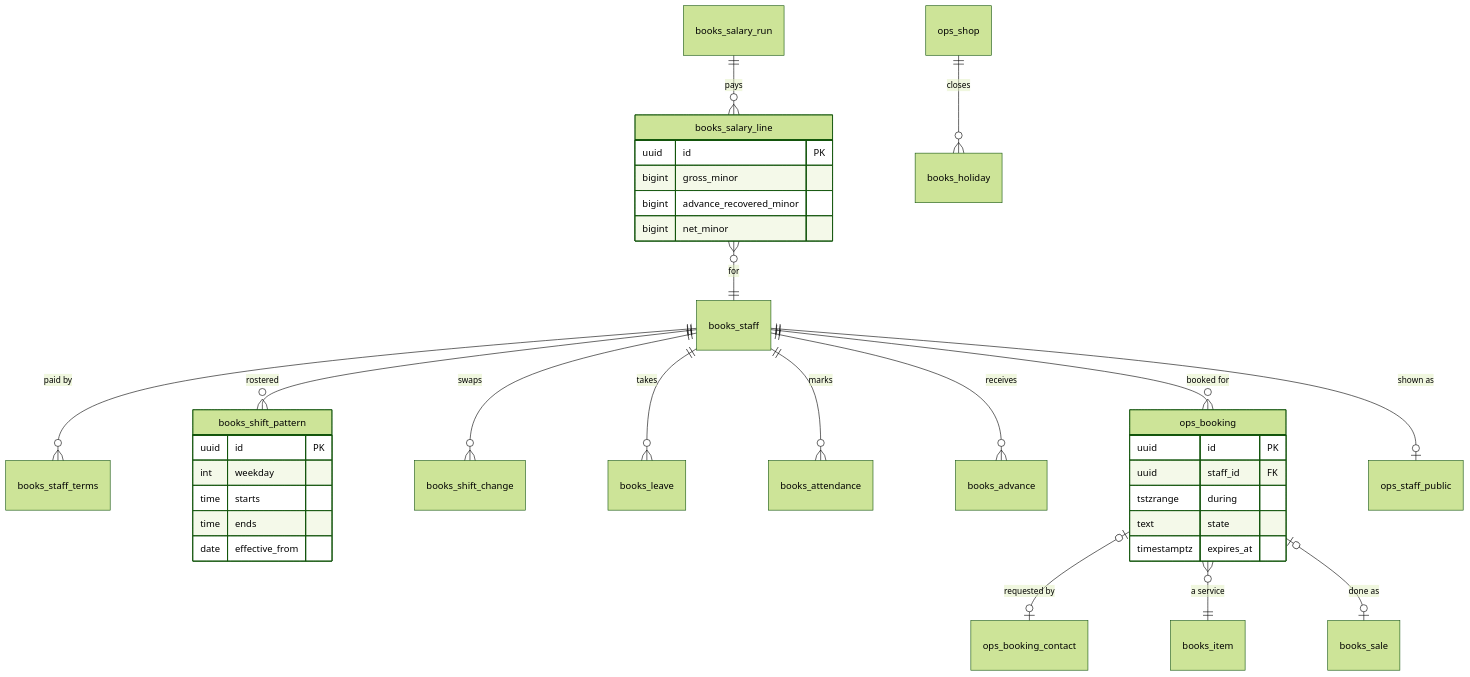
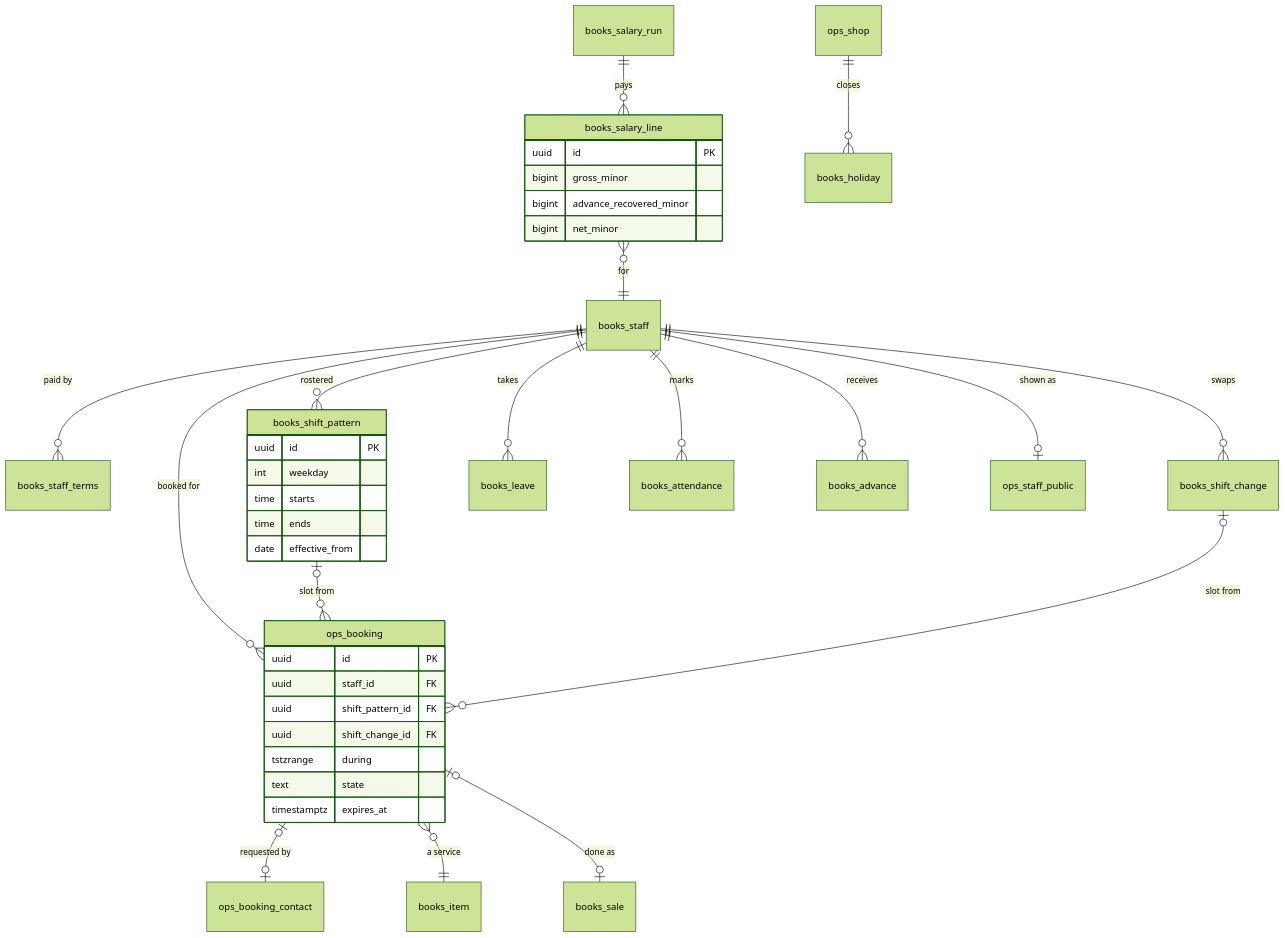
Before and after one commit to SawhneySatvik/munshi: the ninth of 21 diagrams in docs/BLUEPRINT.md, drawn with Mermaid (forest theme). The commit also changed other lines of this file and 4 other files, not shown here.

````diff
--- a/docs/BLUEPRINT.md
+++ b/docs/BLUEPRINT.md
@@ -1130,37 +1343,41 @@
 ```mermaid
 erDiagram
   books_staff ||--o{ books_staff_terms : "paid by"
   books_staff ||--o{ books_shift_pattern : rostered
   books_staff ||--o{ books_shift_change : swaps
   books_staff ||--o{ books_leave : takes
   books_staff ||--o{ books_attendance : marks
   books_staff ||--o{ books_advance : receives
   books_salary_run ||--o{ books_salary_line : pays
   books_salary_line }o--|| books_staff : for
   ops_shop ||--o{ books_holiday : closes
   books_staff ||--o{ ops_booking : "booked for"
   ops_booking |o--o| ops_booking_contact : "requested by"
   ops_booking }o--|| books_item : "a service"
   ops_booking |o--o| books_sale : "done as"
+  books_shift_pattern |o--o{ ops_booking : "slot from"
+  books_shift_change |o--o{ ops_booking : "slot from"
   books_staff ||--o| ops_staff_public : "shown as"
   ops_booking {
     uuid id PK
     uuid staff_id FK
+    uuid shift_pattern_id FK
+    uuid shift_change_id FK
     tstzrange during
     text state
     timestamptz expires_at
   }
   books_shift_pattern {
     uuid id PK
     int weekday
     time starts
     time ends
     date effective_from
   }
   books_salary_line {
     uuid id PK
     bigint gross_minor
     bigint advance_recovered_minor
     bigint net_minor
   }
 ```
````
